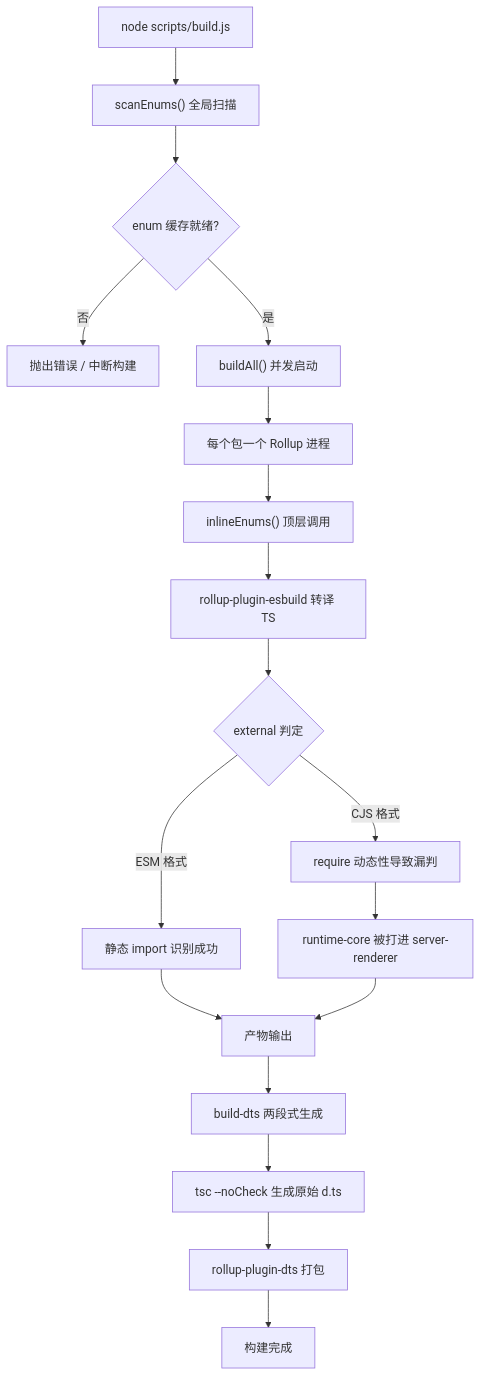
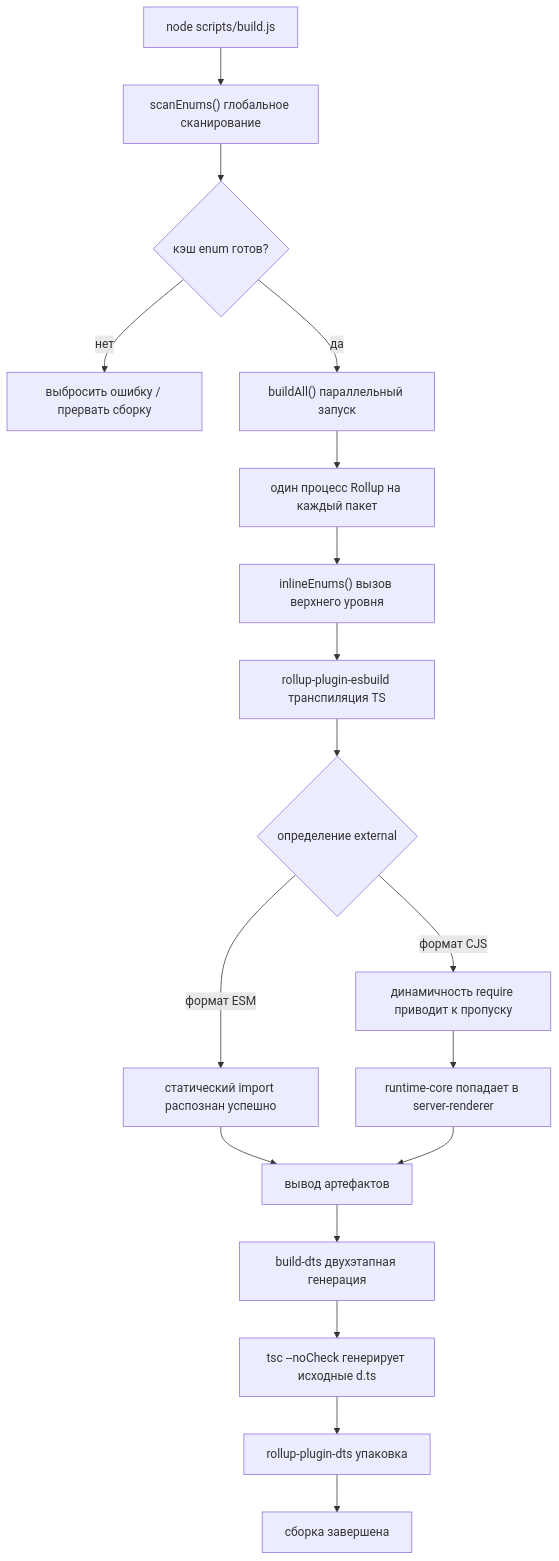
Before and after one commit to maleRjc/AiReadCodeBooks: the first of 3 diagrams in books/vue3/ru/14-architecture-evolution-and-best-practices.md, drawn with Mermaid. The commit also changed other lines of this file and 74 other files, not shown here.

````diff
--- a/books/vue3/ru/14-architecture-evolution-and-best-practices.md
+++ b/books/vue3/ru/14-architecture-evolution-and-best-practices.md
@@ -77,20 +77,20 @@
 ```mermaid
 flowchart TD
-    start["node scripts/build.js"] --> scan["scanEnums() 全局扫描"]
-    scan --> cache_ok{"enum 缓存就绪?"}
-    cache_ok -->|否| err_enum["抛出错误 / 中断构建"]
-    cache_ok -->|是| build_all["buildAll() 并发启动"]
-    build_all --> rollup_proc["每个包一个 Rollup 进程"]
-    rollup_proc --> inline["inlineEnums() 顶层调用"]
-    inline --> esbuild_plugin["rollup-plugin-esbuild 转译 TS"]
-    esbuild_plugin --> external_check{"external 判定"}
-    external_check -->|ESM 格式| ext_ok["静态 import 识别成功"]
-    external_check -->|CJS 格式| ext_risk["require 动态性导致漏判"]
-    ext_risk --> pollution["runtime-core 被打进 server-renderer"]
-    ext_ok --> output["产物输出"]
+    start["node scripts/build.js"] --> scan["scanEnums() глобальное сканирование"]
+    scan --> cache_ok{"кэш enum готов?"}
+    cache_ok -->|нет| err_enum["выбросить ошибку / прервать сборку"]
+    cache_ok -->|да| build_all["buildAll() параллельный запуск"]
+    build_all --> rollup_proc["один процесс Rollup на каждый пакет"]
+    rollup_proc --> inline["inlineEnums() вызов верхнего уровня"]
+    inline --> esbuild_plugin["rollup-plugin-esbuild транспиляция TS"]
+    esbuild_plugin --> external_check{"определение external"}
+    external_check -->|формат ESM| ext_ok["статический import распознан успешно"]
+    external_check -->|формат CJS| ext_risk["динамичность require приводит к пропуску"]
+    ext_risk --> pollution["runtime-core попадает в server-renderer"]
+    ext_ok --> output["вывод артефактов"]
     pollution --> output
-    output --> dts["build-dts 两段式生成"]
-    dts --> tsc_emit["tsc --noCheck 生成原始 d.ts"]
-    tsc_emit --> rollup_dts["rollup-plugin-dts 打包"]
-    rollup_dts --> done["构建完成"]
+    output --> dts["build-dts двухэтапная генерация"]
+    dts --> tsc_emit["tsc --noCheck генерирует исходные d.ts"]
+    tsc_emit --> rollup_dts["rollup-plugin-dts упаковка"]
+    rollup_dts --> done["сборка завершена"]
 ```
````
